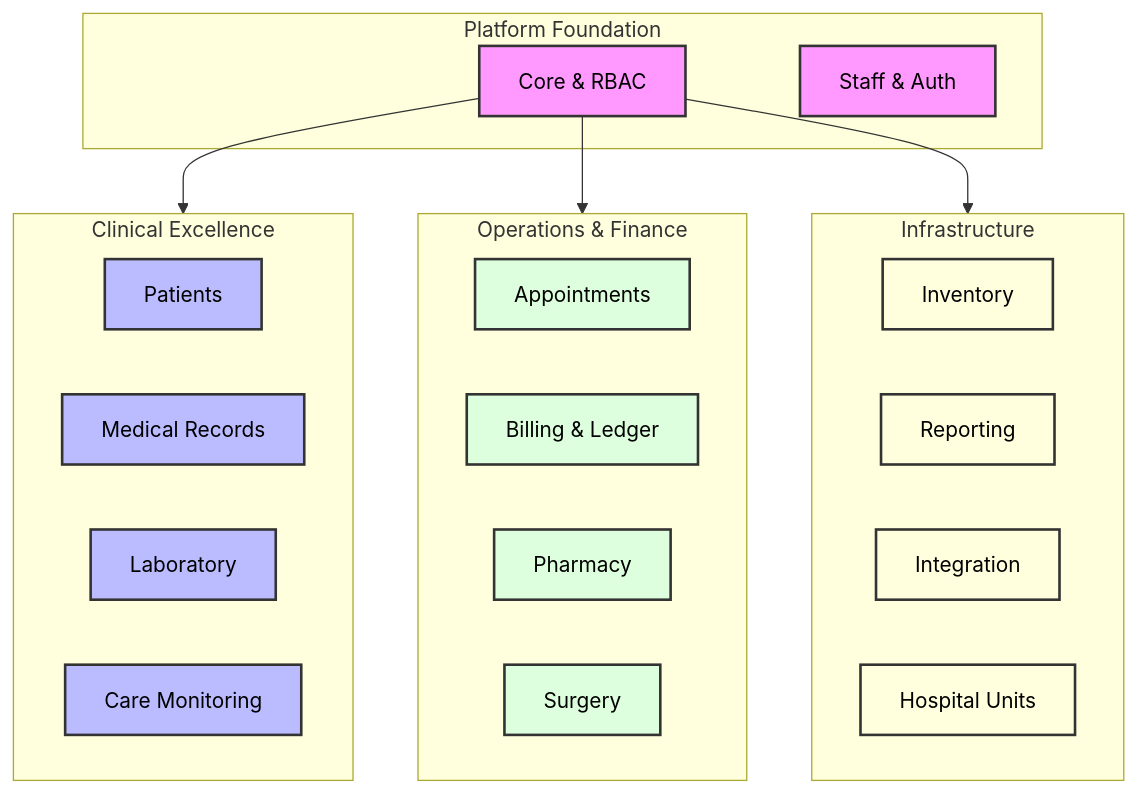
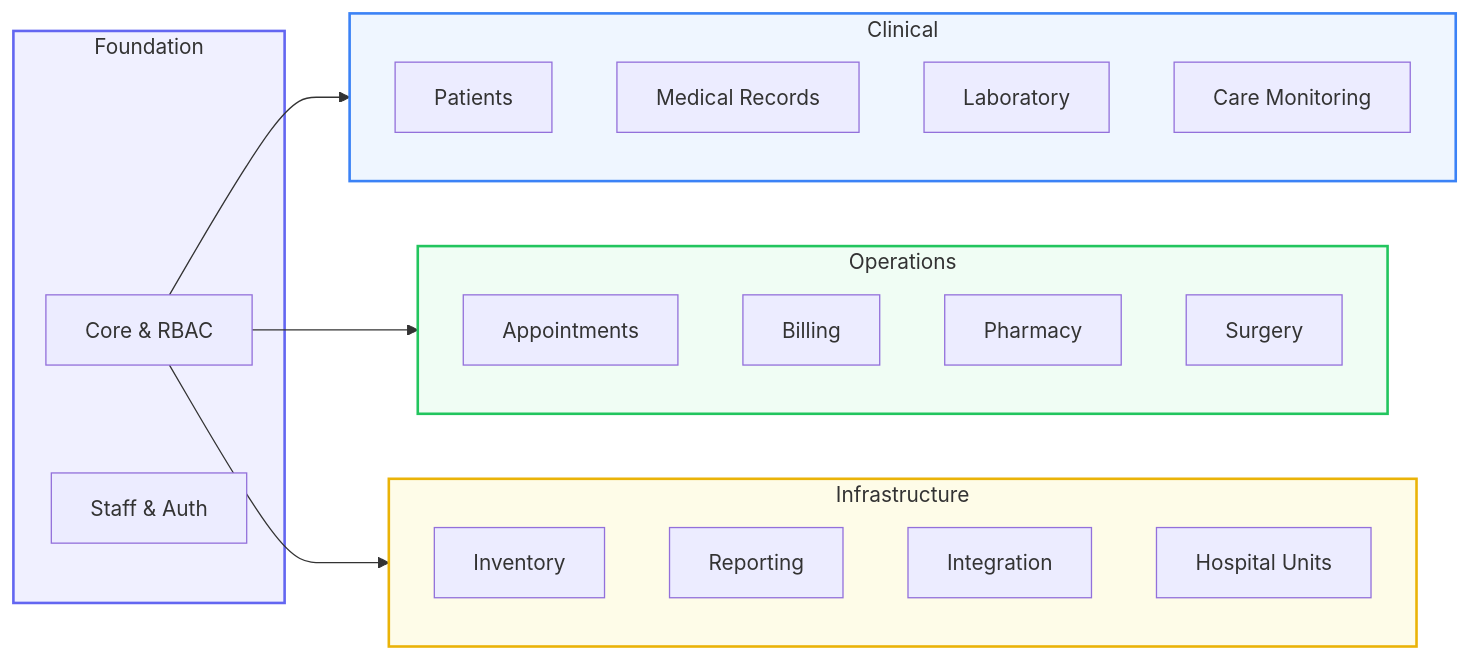
The first of 3 diagrams in README.md (neoastra303/Remedium-HMS), drawn with Mermaid before and after one commit. The commit also changed other lines of this file and 1 other file, not shown here.

````diff
--- a/README.md
+++ b/README.md
@@ -45,37 +90,37 @@
 ```mermaid
-graph TD
-    subgraph Core_Layer [Platform Foundation]
-        A[Core & RBAC]:::core
-        S[Staff & Auth]:::core
+graph LR
+    subgraph Core ["Foundation"]
+        A[Core & RBAC]
+        B[Staff & Auth]
     end
 
-    subgraph Clinical_Domain [Clinical Excellence]
-        B1[Patients]:::clinical
-        B2[Medical Records]:::clinical
-        B3[Laboratory]:::clinical
-        B4[Care Monitoring]:::clinical
-    end
-    
-    subgraph Operations_Domain [Operations & Finance]
-        C1[Appointments]:::ops
-        C2[Billing & Ledger]:::ops
-        C3[Pharmacy]:::ops
-        C4[Surgery]:::ops
-    end
-    
-    subgraph Support_Domain [Infrastructure]
-        D1[Inventory]:::infra
-        D2[Reporting]:::infra
-        D3[Integration]:::infra
-        D4[Hospital Units]:::infra
+    subgraph Clinical ["Clinical"]
+        C1[Patients]
+        C2[Medical Records]
+        C3[Laboratory]
+        C4[Care Monitoring]
     end
 
-    A --> Clinical_Domain
-    A --> Operations_Domain
-    A --> Support_Domain
+    subgraph Operations ["Operations"]
+        D1[Appointments]
+        D2[Billing]
+        D3[Pharmacy]
+        D4[Surgery]
+    end
 
-    classDef core fill:#f9f,stroke:#333,stroke-width:2px,color:#000
-    classDef clinical fill:#bbf,stroke:#333,stroke-width:2px,color:#000
-    classDef ops fill:#dfd,stroke:#333,stroke-width:2px,color:#000
-    classDef infra fill:#ffd,stroke:#333,stroke-width:2px,color:#000
+    subgraph Infrastructure ["Infrastructure"]
+        E1[Inventory]
+        E2[Reporting]
+        E3[Integration]
+        E4[Hospital Units]
+    end
+
+    A --> Clinical
+    A --> Operations
+    A --> Infrastructure
+
+    style Core fill:#f0f0ff,stroke:#6366f1,stroke-width:2px
+    style Clinical fill:#eff6ff,stroke:#3b82f6,stroke-width:2px
+    style Operations fill:#f0fdf4,stroke:#22c55e,stroke-width:2px
+    style Infrastructure fill:#fefce8,stroke:#eab308,stroke-width:2px
 ```
````
